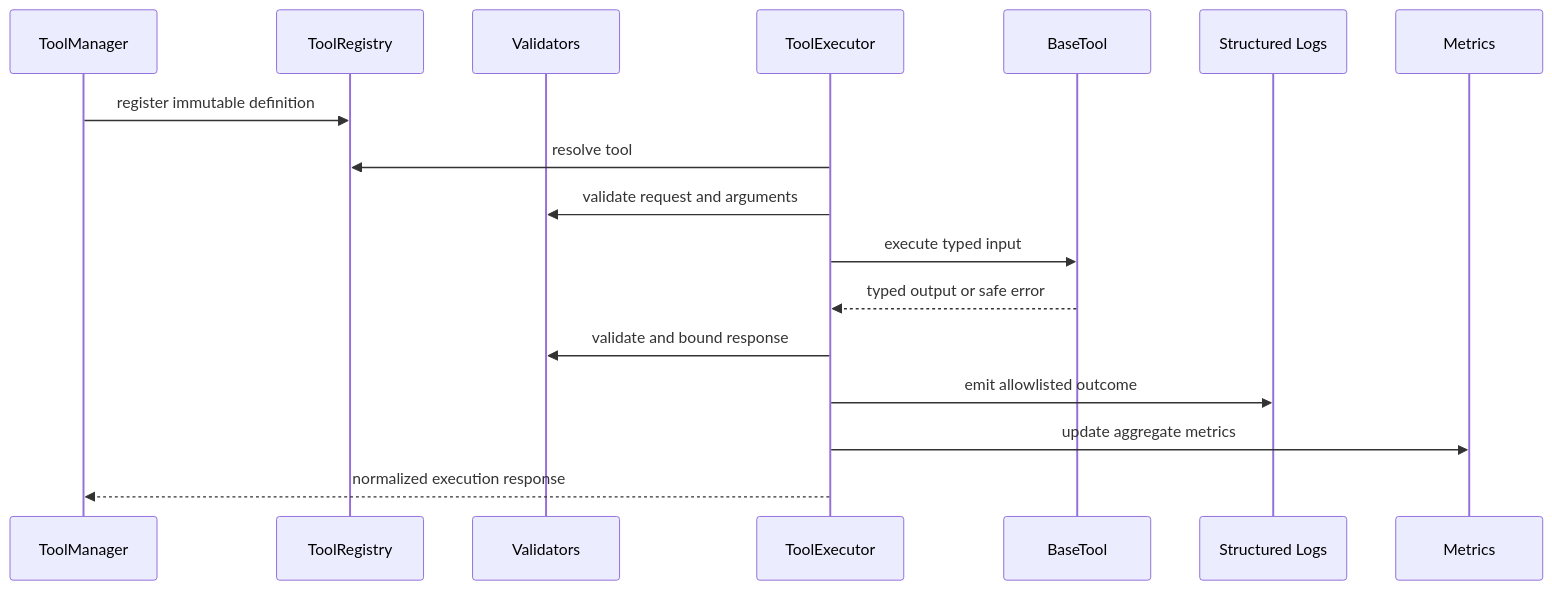
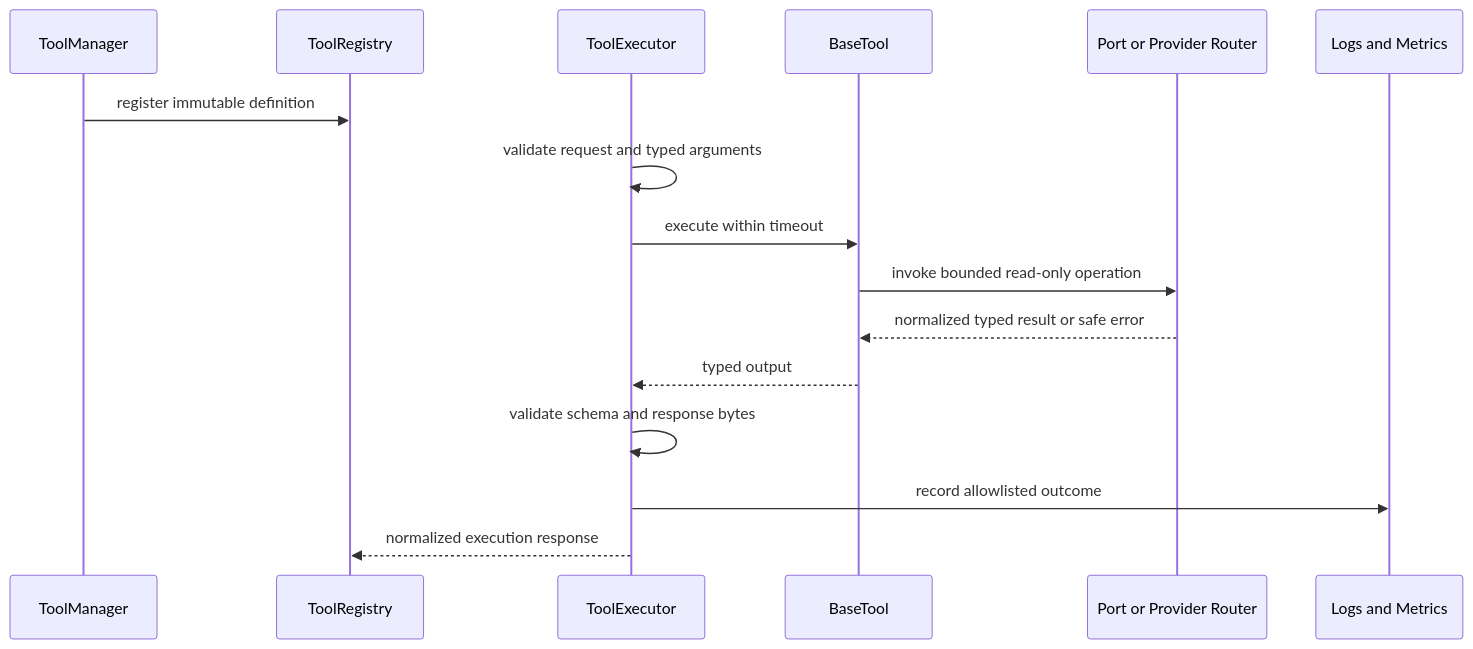
The second of 2 diagrams in ARCHITECTURE.md (LeelaissakAttota/ToolBridge-MCP-Server), drawn with Mermaid before and after one commit. The commit also changed other lines of this file and 39 other files, not shown here.

````diff
--- a/ARCHITECTURE.md
+++ b/ARCHITECTURE.md
@@ -86,20 +67,19 @@
 ```mermaid
 sequenceDiagram
     participant M as ToolManager
     participant R as ToolRegistry
-    participant V as Validators
     participant E as ToolExecutor
     participant T as BaseTool
-    participant L as Structured Logs
-    participant X as Metrics
+    participant P as Port or Provider Router
+    participant O as Logs and Metrics
 
     M->>R: register immutable definition
-    E->>R: resolve tool
-    E->>V: validate request and arguments
-    E->>T: execute typed input
-    T-->>E: typed output or safe error
-    E->>V: validate and bound response
-    E->>L: emit allowlisted outcome
-    E->>X: update aggregate metrics
-    E-->>M: normalized execution response
+    E->>E: validate request and typed arguments
+    E->>T: execute within timeout
+    T->>P: invoke bounded read-only operation
+    P-->>T: normalized typed result or safe error
+    T-->>E: typed output
+    E->>E: validate schema and response bytes
+    E->>O: record allowlisted outcome
+    E-->>R: normalized execution response
 ```
````
